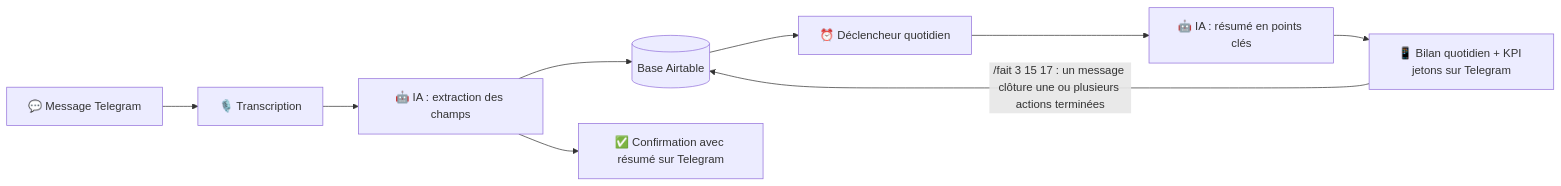
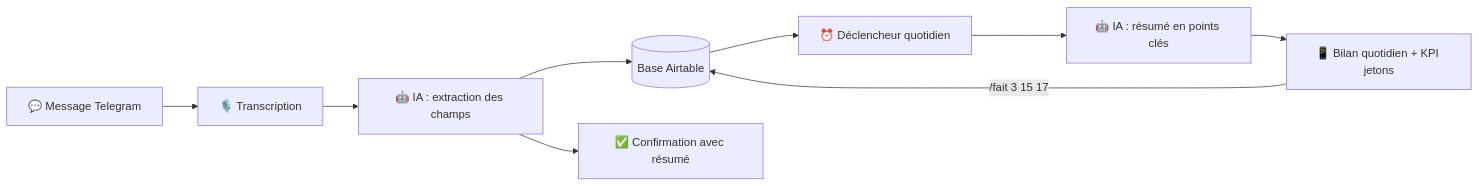
Before and after one commit to g-dangelo/organisateur-urgences-make-ia: the diagram in README.md, drawn with Mermaid. The commit also changed other lines of this file, not shown here.

````diff
--- a/README.md
+++ b/README.md
@@ -32,11 +39,11 @@
 ```mermaid
 flowchart LR
     A["💬 Message Telegram"] --> B["🎙️ Transcription"]
     B --> C["🤖 IA : extraction des champs"]
     C --> D[("Base Airtable")]
-    C --> H["✅ Confirmation avec résumé sur Telegram"]
+    C --> H["✅ Confirmation avec résumé"]
     D --> E["⏰ Déclencheur quotidien"]
     E --> F["🤖 IA : résumé en points clés"]
-    F --> G["📱 Bilan quotidien + KPI jetons sur Telegram"]
-    G -->|"/fait 3 15 17 : un message clôture une ou plusieurs actions terminées"| D
+    F --> G["📱 Bilan quotidien + KPI jetons"]
+    G -->|"/fait 3 15 17"| D
 ```
````
